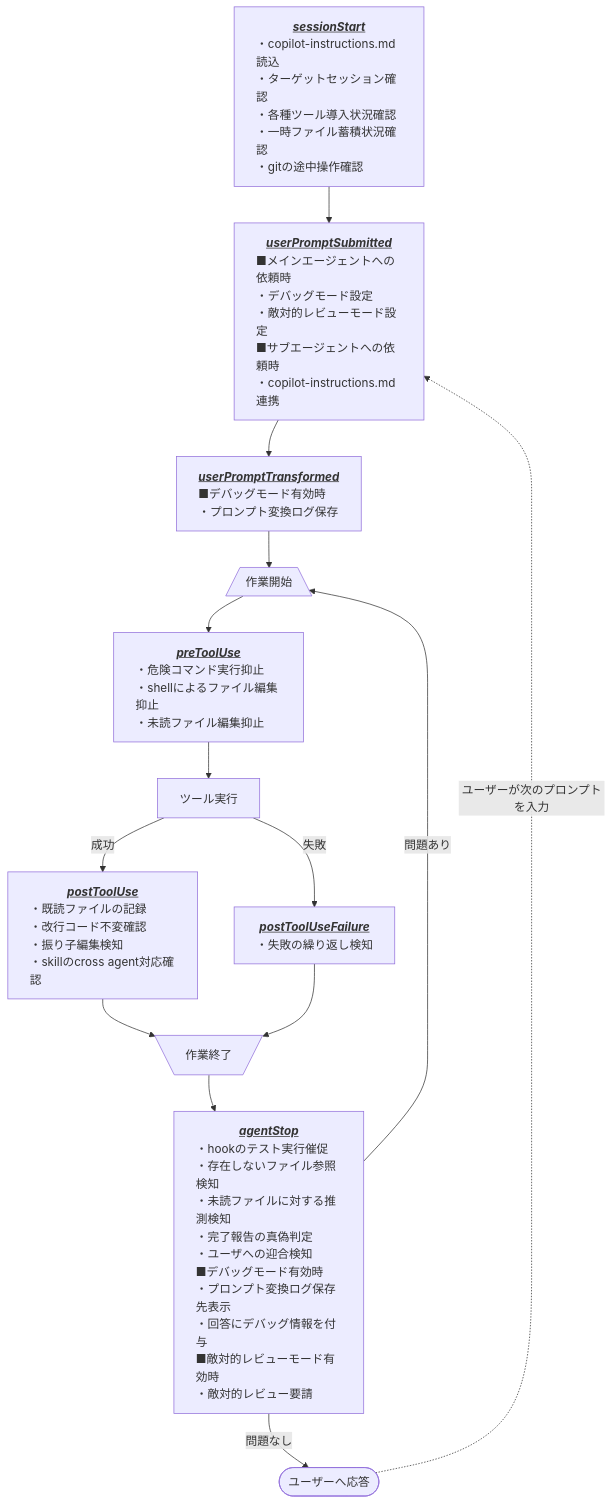
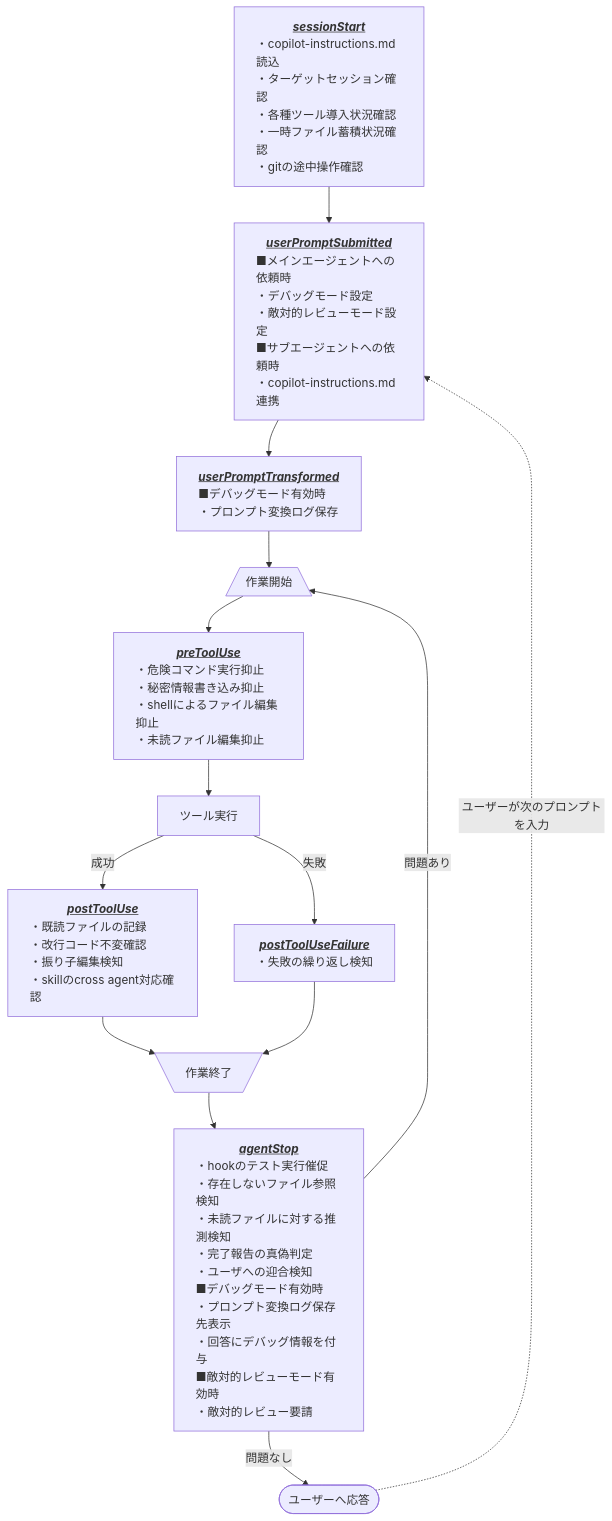
The diagram in .github/README.md (Widthdom/GHCAgentRefinement), drawn with Mermaid before and after one commit. The commit also changed other lines of this file and 5 other files, not shown here.

````diff
--- a/.github/README.md
+++ b/.github/README.md
@@ -20,33 +20,33 @@
 ```mermaid
 flowchart TD
 
     sessionStart["<b><i><u>sessionStart</u></i></b><br/><div style='text-align: left'>・copilot-instructions.md読込<br/>・ターゲットセッション確認<br/>・各種ツール導入状況確認<br/>・一時ファイル蓄積状況確認<br/>・gitの途中操作確認</div>"]
 
     userPromptSubmitted["<b><i><u>userPromptSubmitted</u></i></b><br/><div style='text-align: left'>■メインエージェントへの依頼時<br/>・デバッグモード設定<br/>・敵対的レビューモード設定<br/>■サブエージェントへの依頼時<br/>・copilot-instructions.md連携</div>"]
 
     userPromptTransformed["<b><i><u>userPromptTransformed</u></i></b><br/><div style='text-align: left'>■デバッグモード有効時<br/>・プロンプト変換ログ保存</div>"]
 
     LoopStart[/作業開始\]
 
-    preToolUse["<b><i><u>preToolUse</u></i></b><br/><div style='text-align: left'>・危険コマンド実行抑止<br/>・shellによるファイル編集抑止<br/>・未読ファイル編集抑止</div>"]
+    preToolUse["<b><i><u>preToolUse</u></i></b><br/><div style='text-align: left'>・危険コマンド実行抑止<br/>・秘密情報書き込み抑止<br/>・shellによるファイル編集抑止<br/>・未読ファイル編集抑止</div>"]
 
     runTool["ツール実行"]
 
     postToolUse["<b><i><u>postToolUse</u></i></b><br/><div style='text-align: left'>・既読ファイルの記録<br/>・改行コード不変確認<br/>・振り子編集検知<br/>・skillのcross agent対応確認</div>"]
 
     postToolUseFailure["<b><i><u>postToolUseFailure</u></i></b><br/><div style='text-align: left'>・失敗の繰り返し検知</div>"]
 
     LoopEnd[\作業終了/]
 
     agentStop["<b><i><u>agentStop</u></i></b><br/><div style='text-align: left'>・hookのテスト実行催促<br/>・存在しないファイル参照検知<br/>・未読ファイルに対する推測検知<br/>・完了報告の真偽判定<br/>・ユーザへの迎合検知<br/>■デバッグモード有効時<br/>・プロンプト変換ログ保存先表示<br/>・回答にデバッグ情報を付与<br/>■敵対的レビューモード有効時<br/>・敵対的レビュー要請<br/></div>"]
 
     responseToUser(["ユーザーへ応答"])
 
     sessionStart --> userPromptSubmitted --> userPromptTransformed --> LoopStart --> preToolUse --> runTool
     runTool -- "成功" --> postToolUse --> LoopEnd
     runTool -- "失敗" --> postToolUseFailure --> LoopEnd
     LoopEnd --> agentStop
     agentStop -- "問題あり" --> LoopStart
     agentStop -- "問題なし" --> responseToUser
     responseToUser -. "ユーザーが次のプロンプトを入力" .-> userPromptSubmitted
 ```
````
